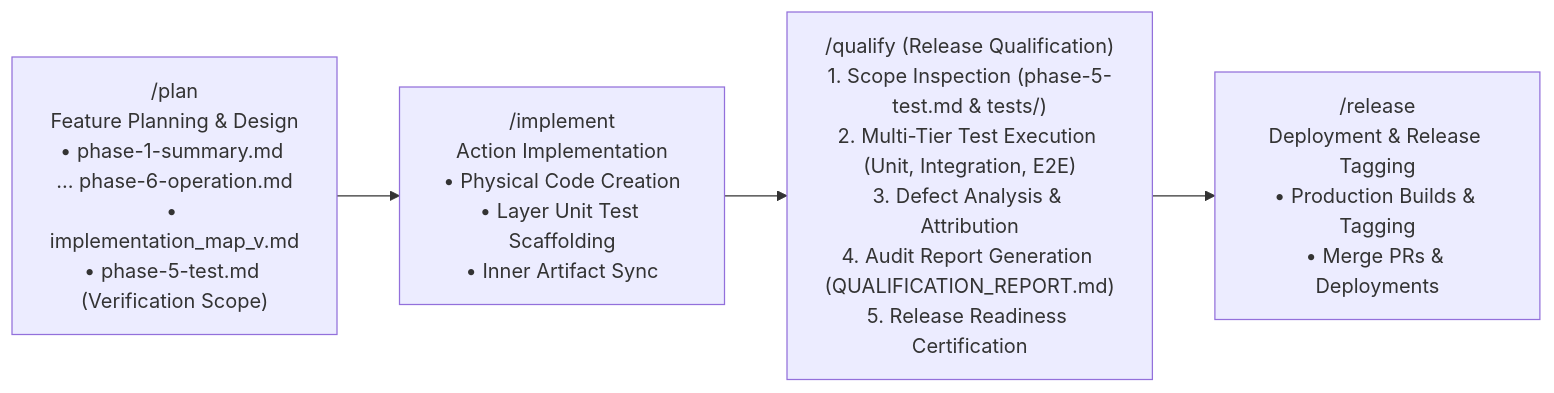
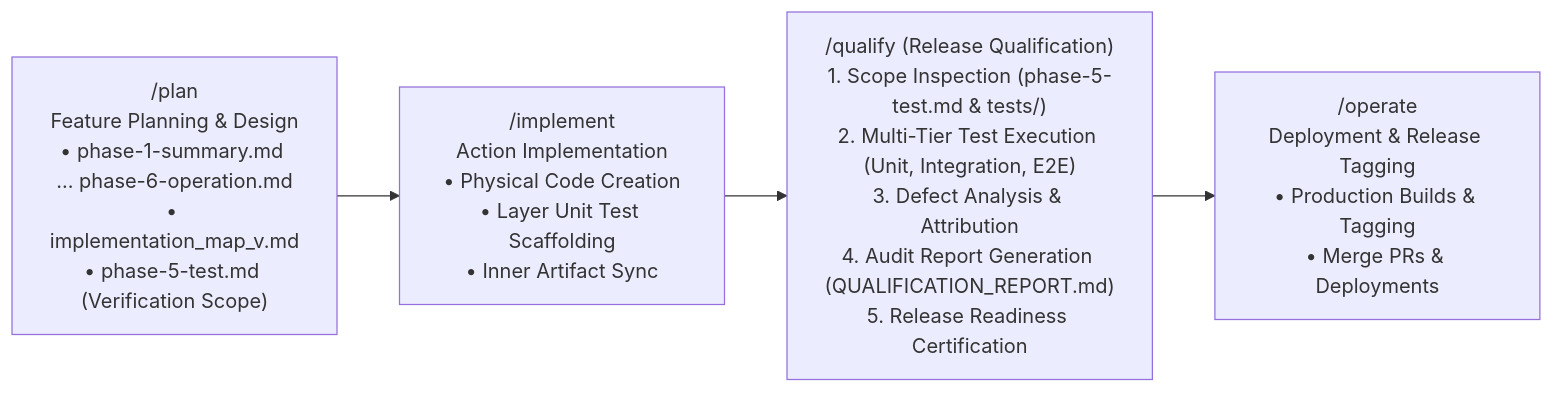
The first of 3 diagrams in actions/qualify/qualify_action.md (hrvthgergo/agent-driven-templates), drawn with Mermaid before and after one commit. The commit also changed other lines of this file and 22 other files, not shown here.

First line of the commit message:
refactor(operate): rename /release action to /operate

````diff
--- a/actions/qualify/qualify_action.md
+++ b/actions/qualify/qualify_action.md
@@ -14,7 +14,7 @@
 ```mermaid
 graph LR
     Plan["/plan<br/>Feature Planning & Design<br/>• phase-1-summary.md ... phase-6-operation.md<br/>• implementation_map_v<version>.md<br/>• phase-5-test.md (Verification Scope)"] 
     --> Implement["/implement<br/>Action Implementation<br/>• Physical Code Creation<br/>• Layer Unit Test Scaffolding<br/>• Inner Artifact Sync"]
     --> Qualify["/qualify (Release Qualification)<br/>1. Scope Inspection (phase-5-test.md & tests/)<br/>2. Multi-Tier Test Execution (Unit, Integration, E2E)<br/>3. Defect Analysis & Attribution<br/>4. Audit Report Generation (QUALIFICATION_REPORT.md)<br/>5. Release Readiness Certification"]
-    --> Release["/release<br/>Deployment & Release Tagging<br/>• Production Builds & Tagging<br/>• Merge PRs & Deployments"]
+    --> Release["/operate<br/>Deployment & Release Tagging<br/>• Production Builds & Tagging<br/>• Merge PRs & Deployments"]
 ```
````
